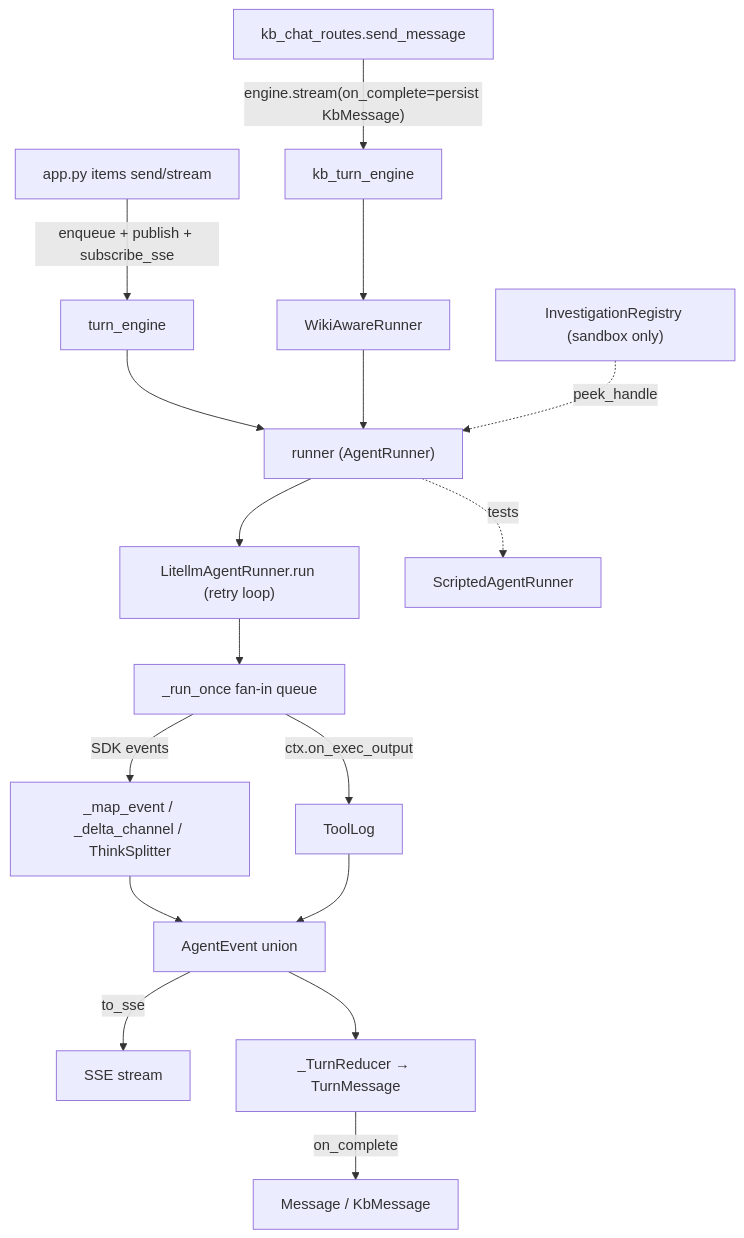
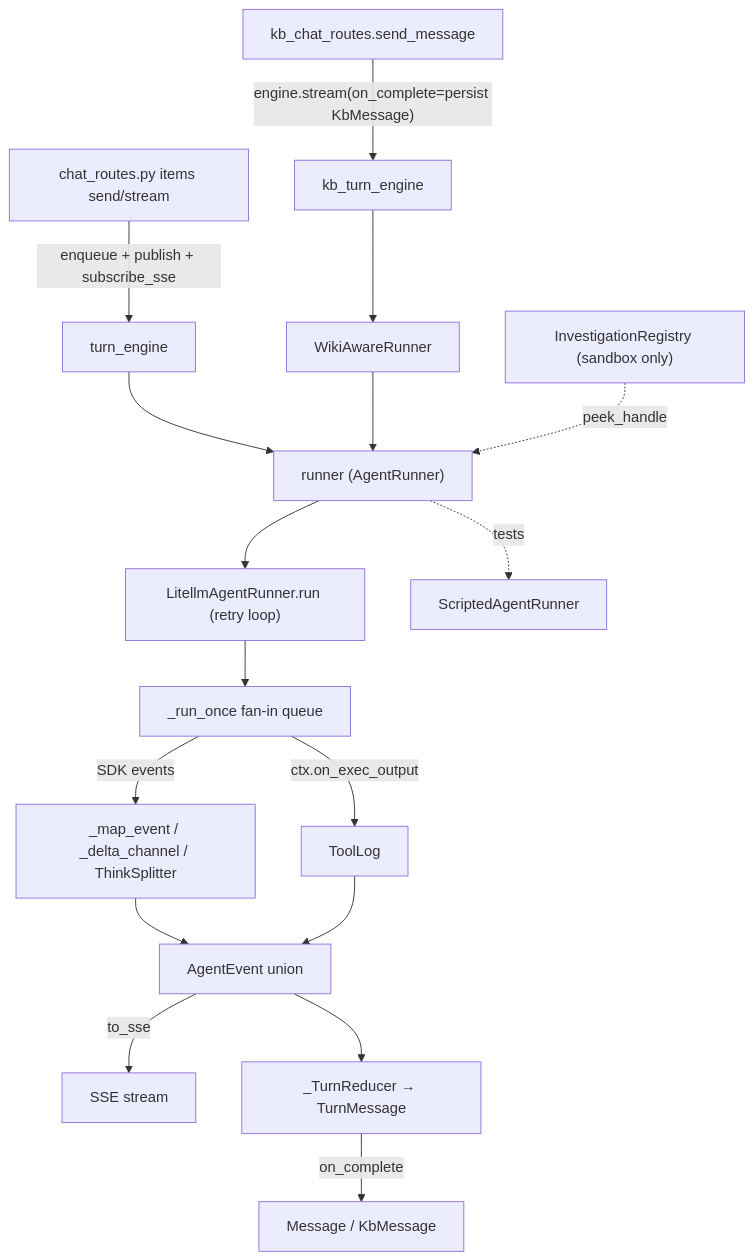
Before and after one commit to HYChou0515/ai-workspace: the diagram in docs/subsystems/api-and-turns.md, drawn with Mermaid. The commit also changed other lines of this file and 15 other files, not shown here.

````diff
--- a/docs/subsystems/api-and-turns.md
+++ b/docs/subsystems/api-and-turns.md
@@ -51,18 +69,18 @@
 ```mermaid
 flowchart TD
   KBC["kb_chat_routes.send_message"] -->|"engine.stream(on_complete=persist KbMessage)"| ENG2["kb_turn_engine"]
-  RCA["app.py items send/stream"] -->|"enqueue + publish + subscribe_sse"| ENG1["turn_engine"]
+  RCA["chat_routes.py items send/stream"] -->|"enqueue + publish + subscribe_sse"| ENG1["turn_engine"]
   ENG1 --> RUN["runner (AgentRunner)"]
   ENG2 --> WRUN["WikiAwareRunner"] --> RUN
   RUN --> LIT["LitellmAgentRunner.run (retry loop)"]
   RUN -. tests .-> SCR["ScriptedAgentRunner"]
   LIT --> ONCE["_run_once fan-in queue"]
   ONCE -->|SDK events| MAP["_map_event / _delta_channel / ThinkSplitter"]
   ONCE -->|ctx.on_exec_output| LOG["ToolLog"]
   MAP --> EV["AgentEvent union"]
   LOG --> EV
   EV -->|to_sse| SSE["SSE stream"]
   EV --> RED["_TurnReducer → TurnMessage"]
   RED -->|on_complete| PERSIST["Message / KbMessage"]
   REG["InvestigationRegistry (sandbox only)"] -. peek_handle .-> RUN
 ```
````
